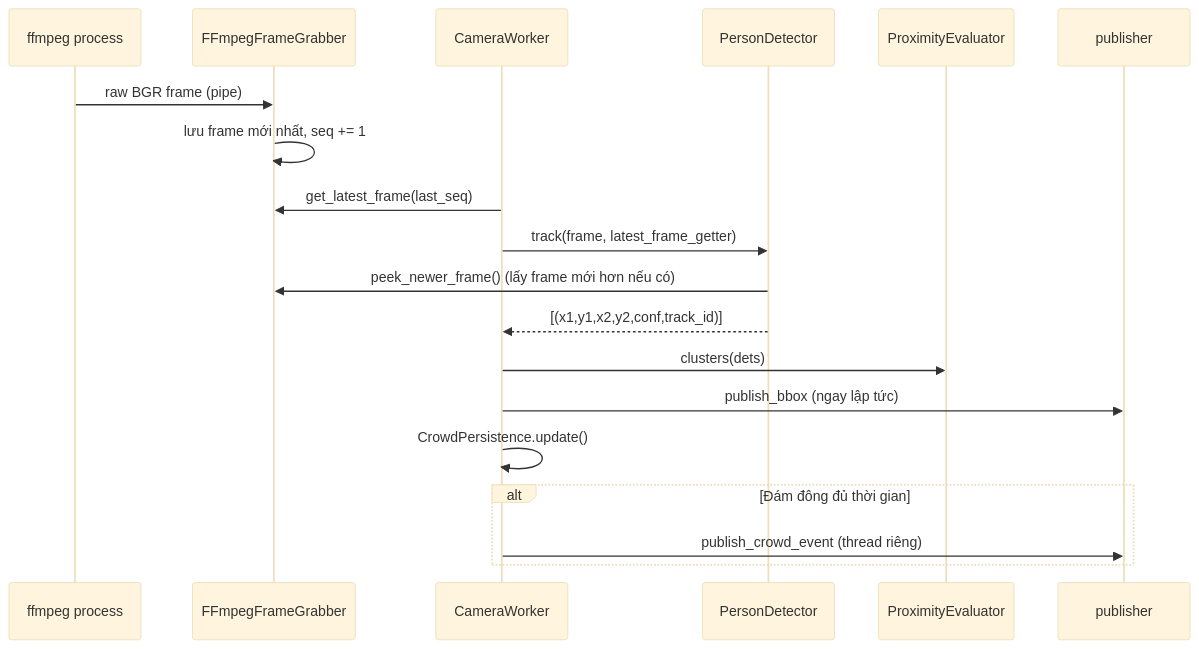
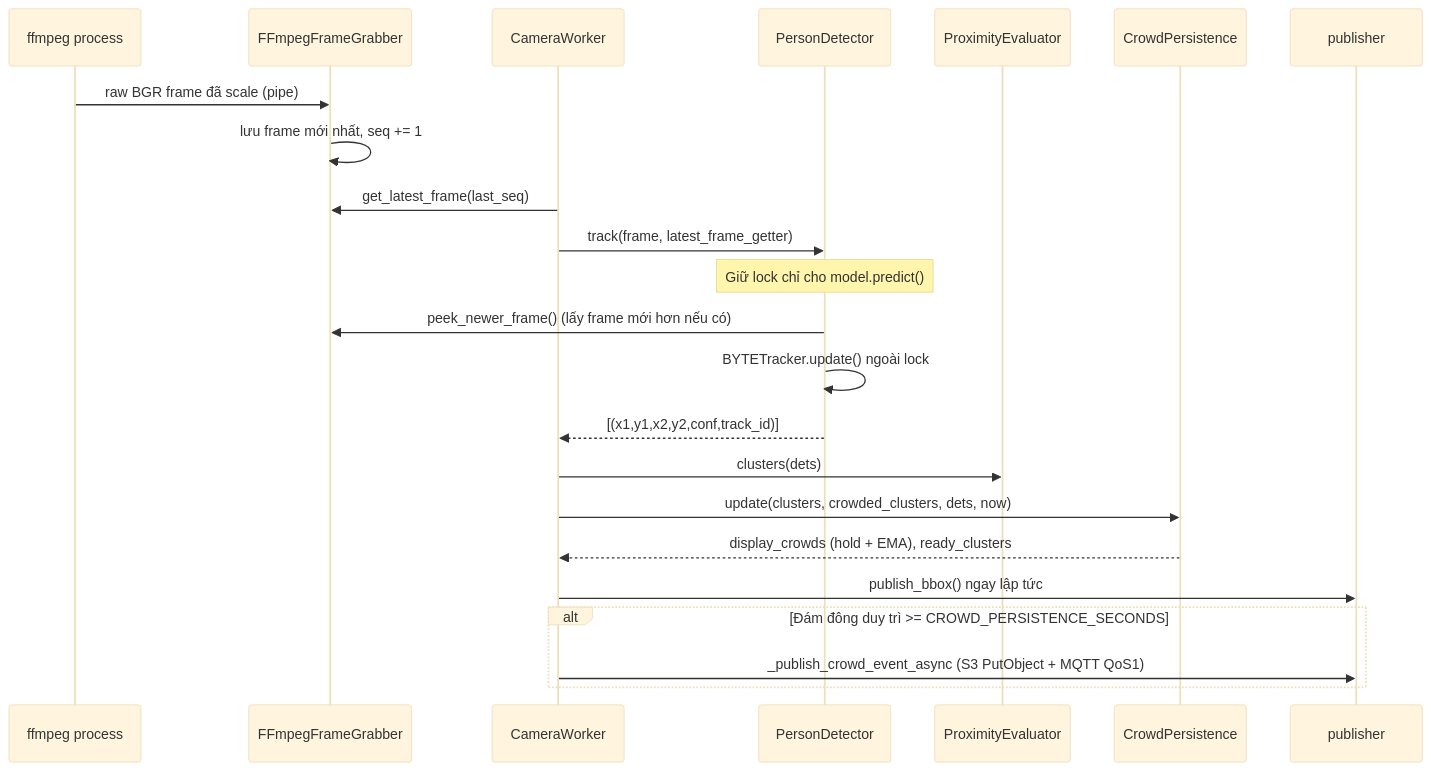
The second of 2 diagrams in PROJECT_REPORT.md (SweetLove1643/crowd_detection), drawn with Mermaid (base theme) before and after one commit. The commit also changed other lines of this file and 3 other files, not shown here.

Commit message:
change scale resize in ffmpeg, leave tracker out GPU lock

````diff
--- a/PROJECT_REPORT.md
+++ b/PROJECT_REPORT.md
@@ -128,21 +138,25 @@
 ```mermaid
 sequenceDiagram
     participant FF as ffmpeg process
     participant R as FFmpegFrameGrabber
     participant W as CameraWorker
     participant D as PersonDetector
     participant A as ProximityEvaluator
+    participant C as CrowdPersistence
     participant P as publisher
-    FF->>R: raw BGR frame (pipe)
+    FF->>R: raw BGR frame đã scale (pipe)
     R->>R: lưu frame mới nhất, seq += 1
     W->>R: get_latest_frame(last_seq)
     W->>D: track(frame, latest_frame_getter)
+    Note over D: Giữ lock chỉ cho model.predict()
     D->>R: peek_newer_frame() (lấy frame mới hơn nếu có)
+    D->>D: BYTETracker.update() ngoài lock
     D-->>W: [(x1,y1,x2,y2,conf,track_id)]
     W->>A: clusters(dets)
-    W->>P: publish_bbox (ngay lập tức)
-    W->>W: CrowdPersistence.update()
-    alt Đám đông đủ thời gian
-        W->>P: publish_crowd_event (thread riêng)
+    W->>C: update(clusters, crowded_clusters, dets, now)
+    C-->>W: display_crowds (hold + EMA), ready_clusters
+    W->>P: publish_bbox() ngay lập tức
+    alt Đám đông duy trì >= CROWD_PERSISTENCE_SECONDS
+        W->>P: _publish_crowd_event_async (S3 PutObject + MQTT QoS1)
     end
 ```
````
